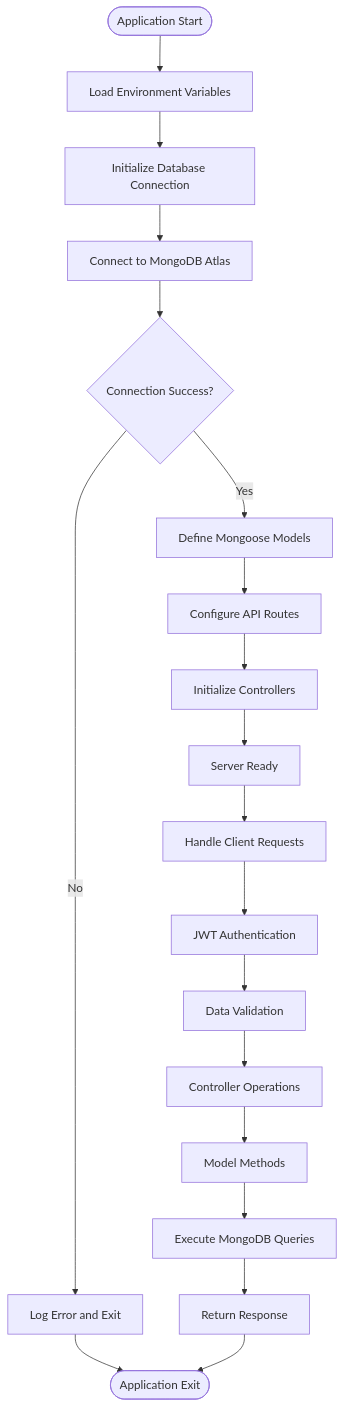
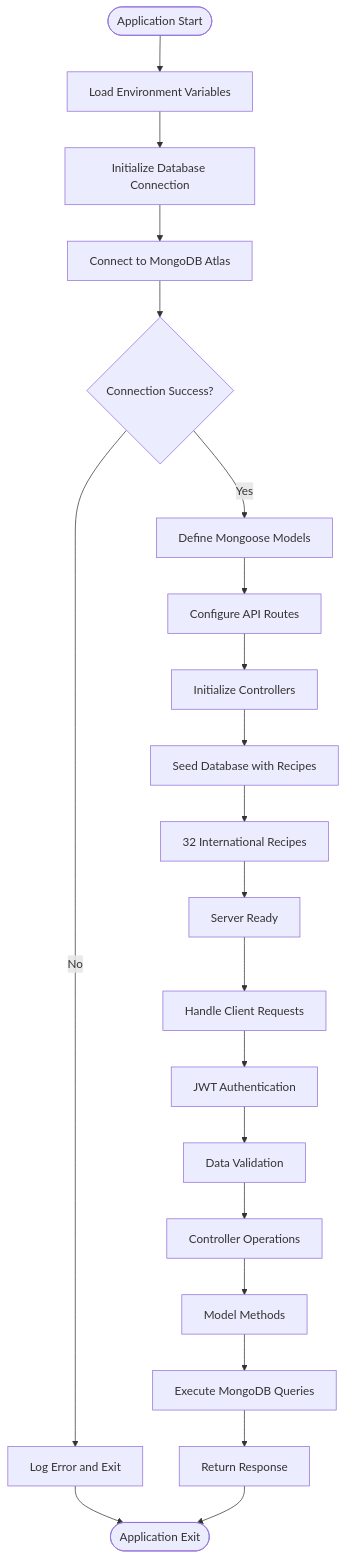
Before and after one commit to aayeshasiddiqah2611-pixel/flavora_ai_server: the fourth of 14 diagrams in .qoder/repowiki/en/content/Application Architecture/MongoDB Database Integration.md, drawn with Mermaid. The commit also changed other lines of this file and 5 other files, not shown here.

````diff
--- a/.qoder/repowiki/en/content/Application Architecture/MongoDB Database Integration.md
+++ b/.qoder/repowiki/en/content/Application Architecture/MongoDB Database Integration.md
@@ -189,21 +205,23 @@
 ```mermaid
 flowchart TD
 Start([Application Start]) --> LoadEnv["Load Environment Variables"]
 LoadEnv --> InitDB["Initialize Database Connection"]
 InitDB --> ConnectDB["Connect to MongoDB Atlas"]
 ConnectDB --> DBConnected{"Connection Success?"}
 DBConnected --> |Yes| SetupModels["Define Mongoose Models"]
 DBConnected --> |No| ErrorHandler["Log Error and Exit"]
 SetupModels --> SetupRoutes["Configure API Routes"]
 SetupRoutes --> SetupControllers["Initialize Controllers"]
-SetupControllers --> Ready["Server Ready"]
+SetupControllers --> SeedData["Seed Database with Recipes"]
+SeedData --> InternationalCuisines["32 International Recipes"]
+InternationalCuisines --> Ready["Server Ready"]
 Ready --> ClientRequests["Handle Client Requests"]
 ClientRequests --> AuthMiddleware["JWT Authentication"]
 AuthMiddleware --> Validation["Data Validation"]
 Validation --> ControllerOps["Controller Operations"]
 ControllerOps --> ModelOps["Model Methods"]
 ModelOps --> DBQuery["Execute MongoDB Queries"]
 DBQuery --> Response["Return Response"]
 ErrorHandler --> End([Application Exit])
 Response --> End
 ```
````
